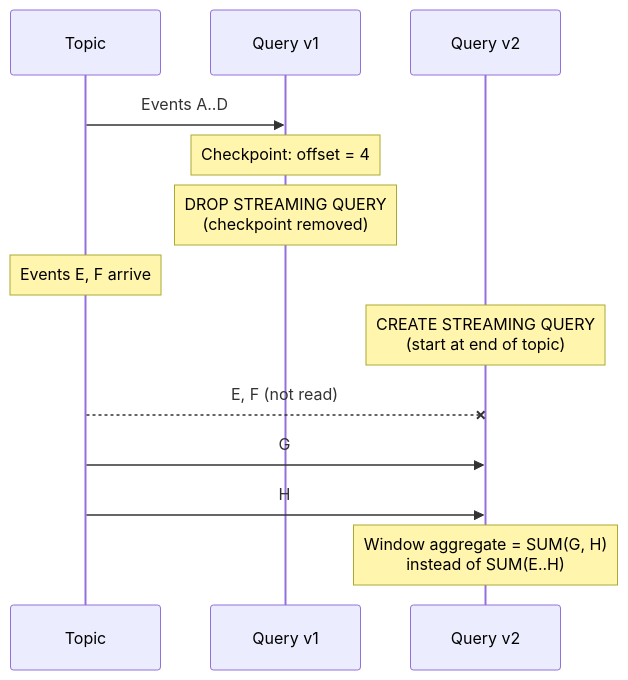
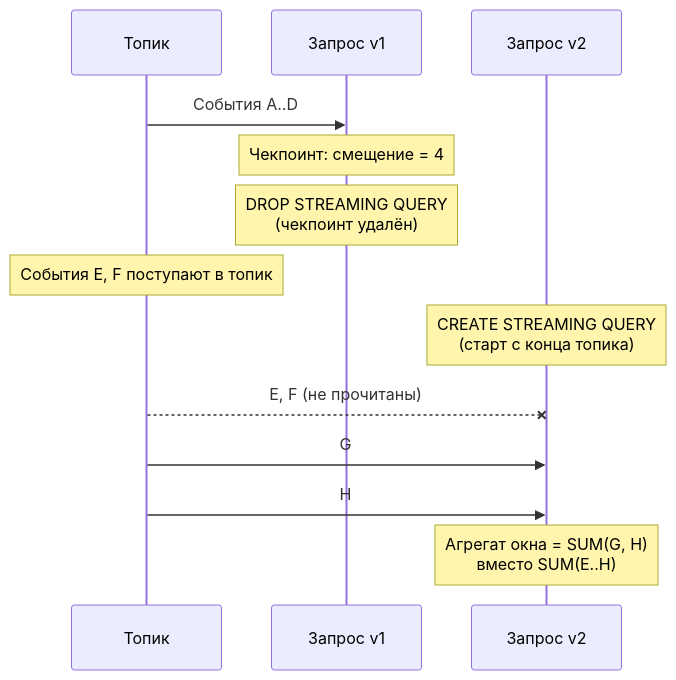
Before and after one commit to ydb-platform/ydb: the third of 3 diagrams in ydb/docs/en/core/dev/streaming-query/guarantees.md, drawn with Mermaid. The commit also changed other lines of this file and 29 other files, not shown here.

````diff
--- a/ydb/docs/en/core/dev/streaming-query/guarantees.md
+++ b/ydb/docs/en/core/dev/streaming-query/guarantees.md
@@ -93,16 +97,16 @@
 ```mermaid
 sequenceDiagram
-    participant Topic
-    participant Query v1
-    participant Query v2
+    participant Топик
+    participant Запрос v1
+    participant Запрос v2
 
-    Topic->>Query v1: Events A..D
-    Note over Query v1: Checkpoint: offset = 4
-    Note over Query v1: DROP STREAMING QUERY<br/>(checkpoint removed)
-    Note over Topic: Events E, F arrive
-    Note over Query v2: CREATE STREAMING QUERY<br/>(start at end of topic)
-    Topic--xQuery v2: E, F (not read)
-    Topic->>Query v2: G
-    Topic->>Query v2: H
-    Note over Query v2: Window aggregate = SUM(G, H)<br/>instead of SUM(E..H)
+    Топик->>Запрос v1: События A..D
+    Note over Запрос v1: Чекпоинт: смещение = 4
+    Note over Запрос v1: DROP STREAMING QUERY<br/>(чекпоинт удалён)
+    Note over Топик: События E, F поступают в топик
+    Note over Запрос v2: CREATE STREAMING QUERY<br/>(старт с конца топика)
+    Топик--xЗапрос v2: E, F (не прочитаны)
+    Топик->>Запрос v2: G
+    Топик->>Запрос v2: H
+    Note over Запрос v2: Агрегат окна = SUM(G, H)<br/>вместо SUM(E..H)
 ```
````
